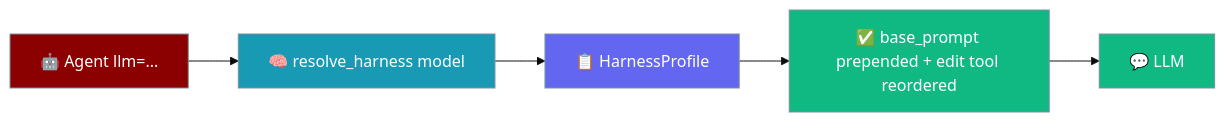
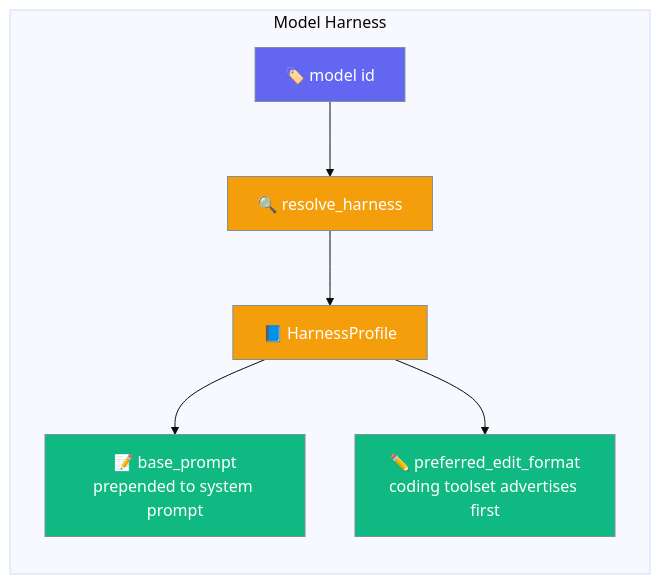
One commit to MervinPraison/PraisonAIDocs changed the first of 3 diagrams in docs/features/model-harness.mdx. Above: the diagram before and after it, drawn with Mermaid (base theme). The commit also changed other lines of this file and 3 other files, not shown here.

First line of the commit message:
docs: document model-family-aware agent harness (fixes #1881)

````diff
--- a/docs/features/model-harness.mdx
+++ b/docs/features/model-harness.mdx
@@ -10,17 +25,17 @@
 ```mermaid
 graph LR
-    A[🤖 Agent llm=...] --> B[🧠 resolve_harness model]
-    B --> C[📋 HarnessProfile]
-    C --> D[✅ base_prompt prepended + edit tool reordered]
-    D --> E[💬 LLM]
+    subgraph "Model Harness"
+        M[🏷️ model id] --> R[🔍 resolve_harness]
+        R --> P[📘 HarnessProfile]
+        P --> B[📝 base_prompt<br/>prepended to system prompt]
+        P --> E[✏️ preferred_edit_format<br/>coding toolset advertises first]
+    end
 
-    classDef agent fill:#8B0000,stroke:#7C90A0,color:#fff
-    classDef process fill:#189AB4,stroke:#7C90A0,color:#fff
-    classDef config fill:#6366F1,stroke:#7C90A0,color:#fff
-    classDef output fill:#10B981,stroke:#7C90A0,color:#fff
+    classDef input fill:#6366F1,stroke:#7C90A0,color:#fff
+    classDef process fill:#F59E0B,stroke:#7C90A0,color:#fff
+    classDef result fill:#10B981,stroke:#7C90A0,color:#fff
 
-    class A agent
-    class B process
-    class C config
-    class D,E output
+    class M input
+    class R,P process
+    class B,E result
 ```
````
